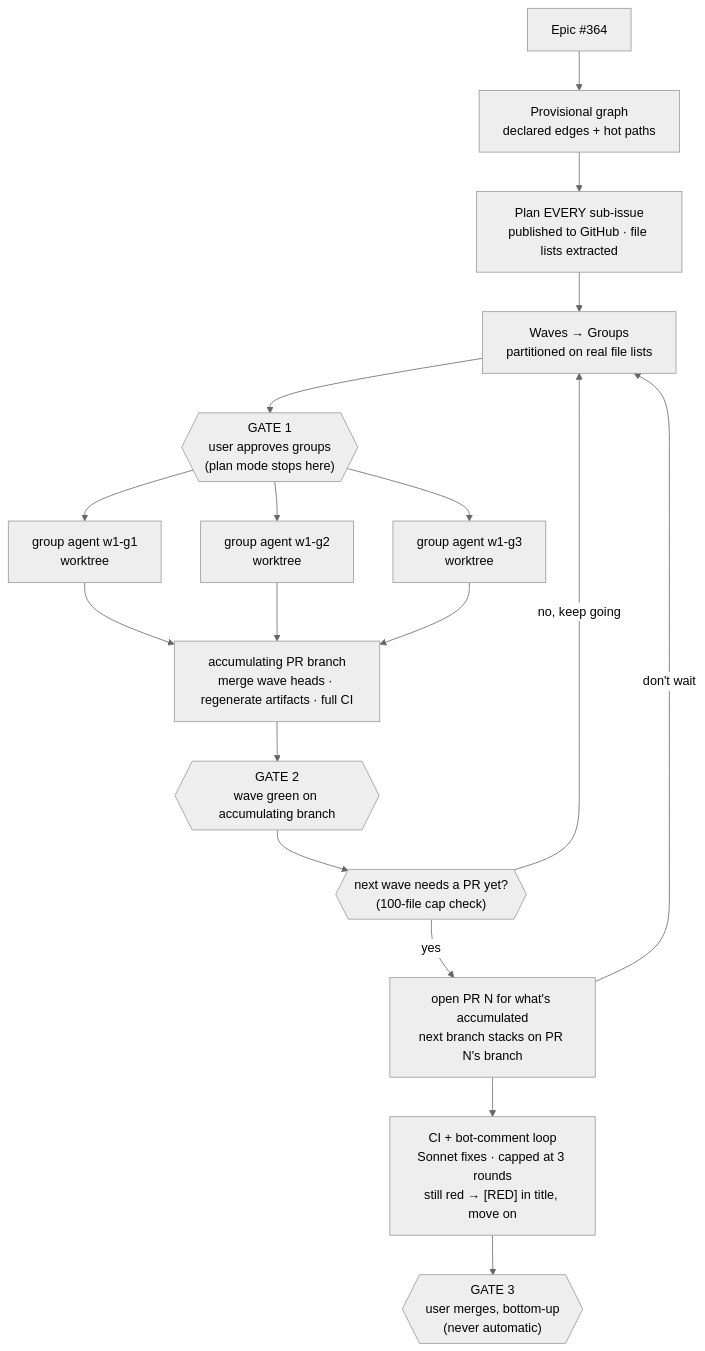
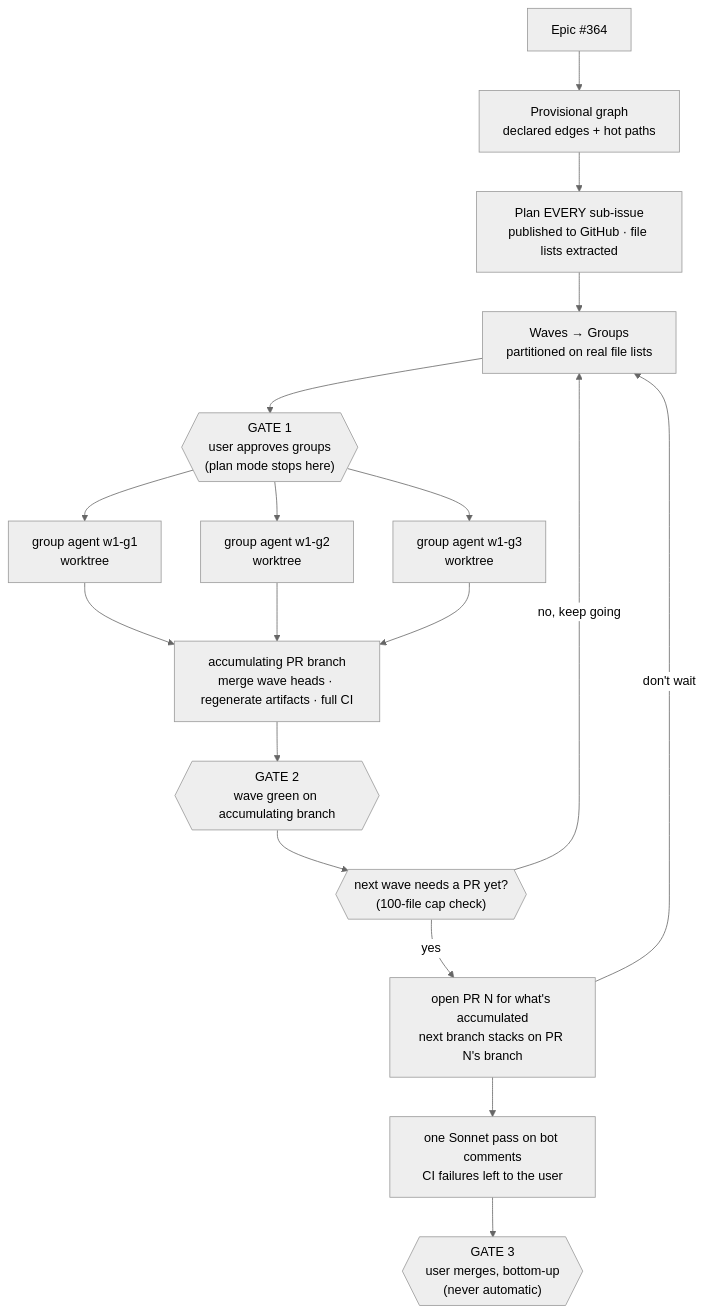
Before and after one commit to tareq89/biddaloy: the second of 3 diagrams in .claude/skills/implement-epic/SKILL.md, drawn with Mermaid (neutral theme). The commit also changed other lines of this file, not shown here.

Commit message:
chore(skills): implement-epic leaves CI to the user, epic PRs must be 90-100 files

````diff
--- a/.claude/skills/implement-epic/SKILL.md
+++ b/.claude/skills/implement-epic/SKILL.md
@@ -209,20 +209,20 @@
 ```mermaid
 flowchart TB
     E["Epic #364"] --> DG["Provisional graph\ndeclared edges + hot paths"]
     DG --> P["Plan EVERY sub-issue\npublished to GitHub · file lists extracted"]
     P --> W["Waves → Groups\npartitioned on real file lists"]
     W --> G1{{"GATE 1\nuser approves groups\n(plan mode stops here)"}}
     G1 --> A1["group agent w1-g1\nworktree"]
     G1 --> A2["group agent w1-g2\nworktree"]
     G1 --> A3["group agent w1-g3\nworktree"]
     A1 --> INT["accumulating PR branch\nmerge wave heads · regenerate artifacts · full CI"]
     A2 --> INT
     A3 --> INT
     INT --> G2{{"GATE 2\nwave green on accumulating branch"}}
     G2 --> NW{{"next wave needs a PR yet?\n(100-file cap check)"}}
     NW -->|no, keep going| W
     NW -->|yes| PR["open PR N for what's accumulated\nnext branch stacks on PR N's branch"]
     PR -->|don't wait| W
-    PR --> CR["CI + bot-comment loop\nSonnet fixes · capped at 3 rounds\nstill red → [RED] in title, move on"]
+    PR --> CR["one Sonnet pass on bot comments\nCI failures left to the user"]
     CR --> G3{{"GATE 3\nuser merges, bottom-up\n(never automatic)"}}
 ```
````
